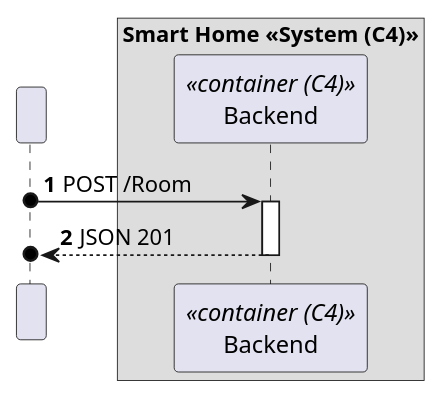
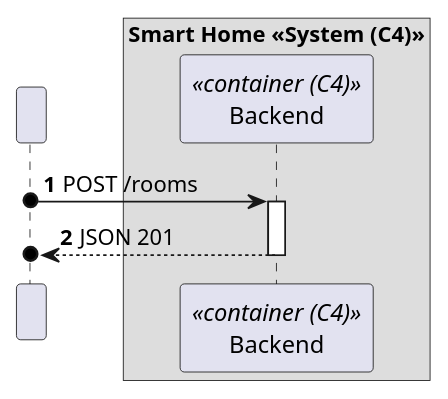
One commit to moutajDev/smarthome changed the diagram in docs/C4_4plus1_models/Level2/ProcessView/ProcessViewLevel2_UC02.puml. Above: the diagram before and after it, drawn with PlantUML. The commit also changed 17 other files, not shown here.

```diff
--- a/docs/C4_4plus1_models/Level2/ProcessView/ProcessViewLevel2_UC02.puml
+++ b/docs/C4_4plus1_models/Level2/ProcessView/ProcessViewLevel2_UC02.puml
@@ -1,22 +1,22 @@
 @startuml
 'https://plantuml.com/sequence-diagram
 !pragma layout smetana
 
 autonumber
 
 participant " " as HTTP
 
 box "Smart Home <<System (C4)>>"
     participant "Backend" as Backend<<container (C4)>>
 end box
 
 
-HTTP o-> Backend: POST /Room
+HTTP o-> Backend: POST /rooms
 activate Backend
 
 Backend -->o HTTP: JSON 201
 deactivate Backend
 
 
 
 @enduml
```
